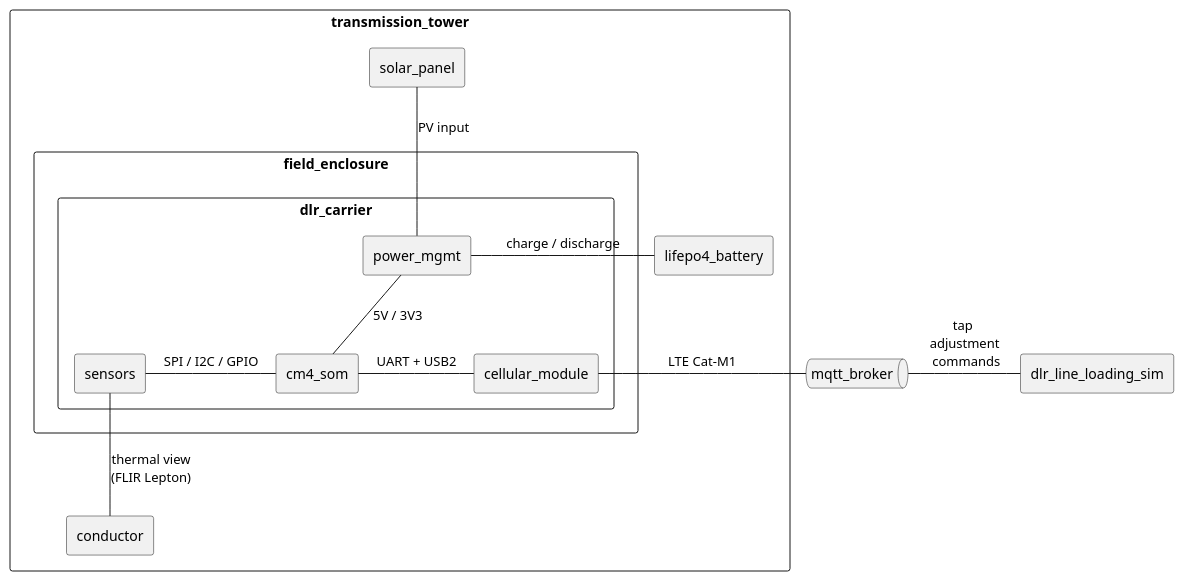
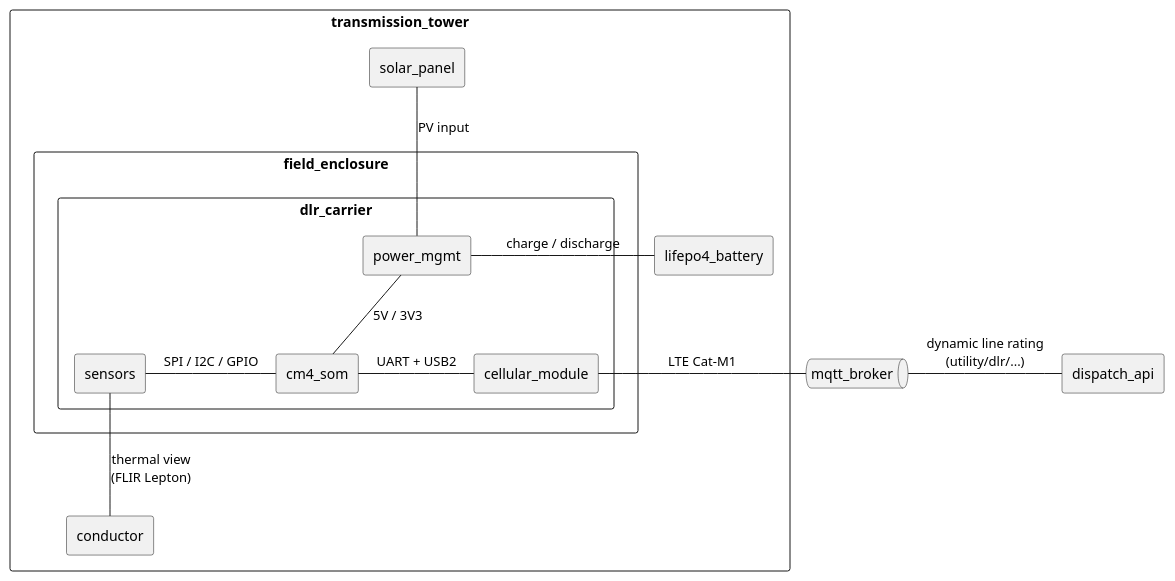
The first of 3 diagrams in readme.md (arcnode-io/dlr-rtu-pcb), drawn with PlantUML before and after one commit. The commit also changed other lines of this file, not shown here.

Commit message:
📝 docs(readme): fix context diagram + prose -- no tap adjustment anymore
dlr-line-loading-sim dropped its tap-control/DLR-rating-subscription
entirely (7caabcd over there). The real downstream consumer of the
carrier's measurements is mock-derms-dispatch-api's DER curtailment
trigger, not a tap-changer.

Claude-Session: https://claude.ai/code/session_01G9oodV6qNjghBfbi7qXfrt

````diff
--- a/readme.md
+++ b/readme.md
@@ -17,27 +17,27 @@
 ```plantuml
 rectangle transmission_tower {
   rectangle field_enclosure {
     rectangle dlr_carrier {
       rectangle cm4_som
       rectangle cellular_module
       rectangle sensors
       rectangle power_mgmt
     }
   }
   rectangle solar_panel
   rectangle lifepo4_battery
   rectangle conductor
 }
 
 queue mqtt_broker
-rectangle dlr_line_loading_sim
+rectangle dispatch_api
 
 solar_panel -d- power_mgmt: PV input
 power_mgmt -l- lifepo4_battery: charge / discharge
 power_mgmt -d- cm4_som: 5V / 3V3
 conductor -u- sensors: thermal view\n(FLIR Lepton)
 sensors -r- cm4_som: SPI / I2C / GPIO
 cm4_som -r- cellular_module: UART + USB2
 cellular_module -r- mqtt_broker: LTE Cat-M1
-mqtt_broker -r- dlr_line_loading_sim: tap \n adjustment \n commands
+mqtt_broker -r- dispatch_api: dynamic line rating\n(utility/dlr/...)
 ```
````
